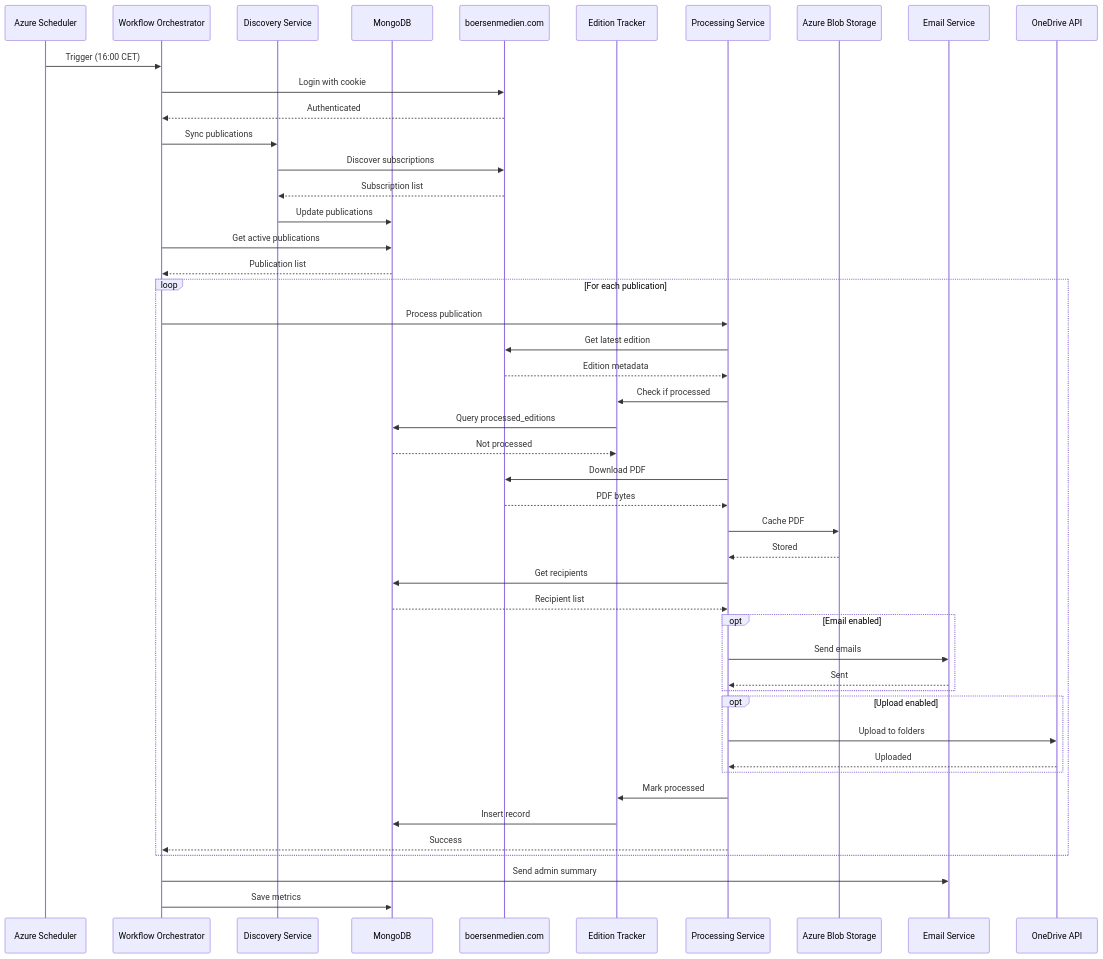
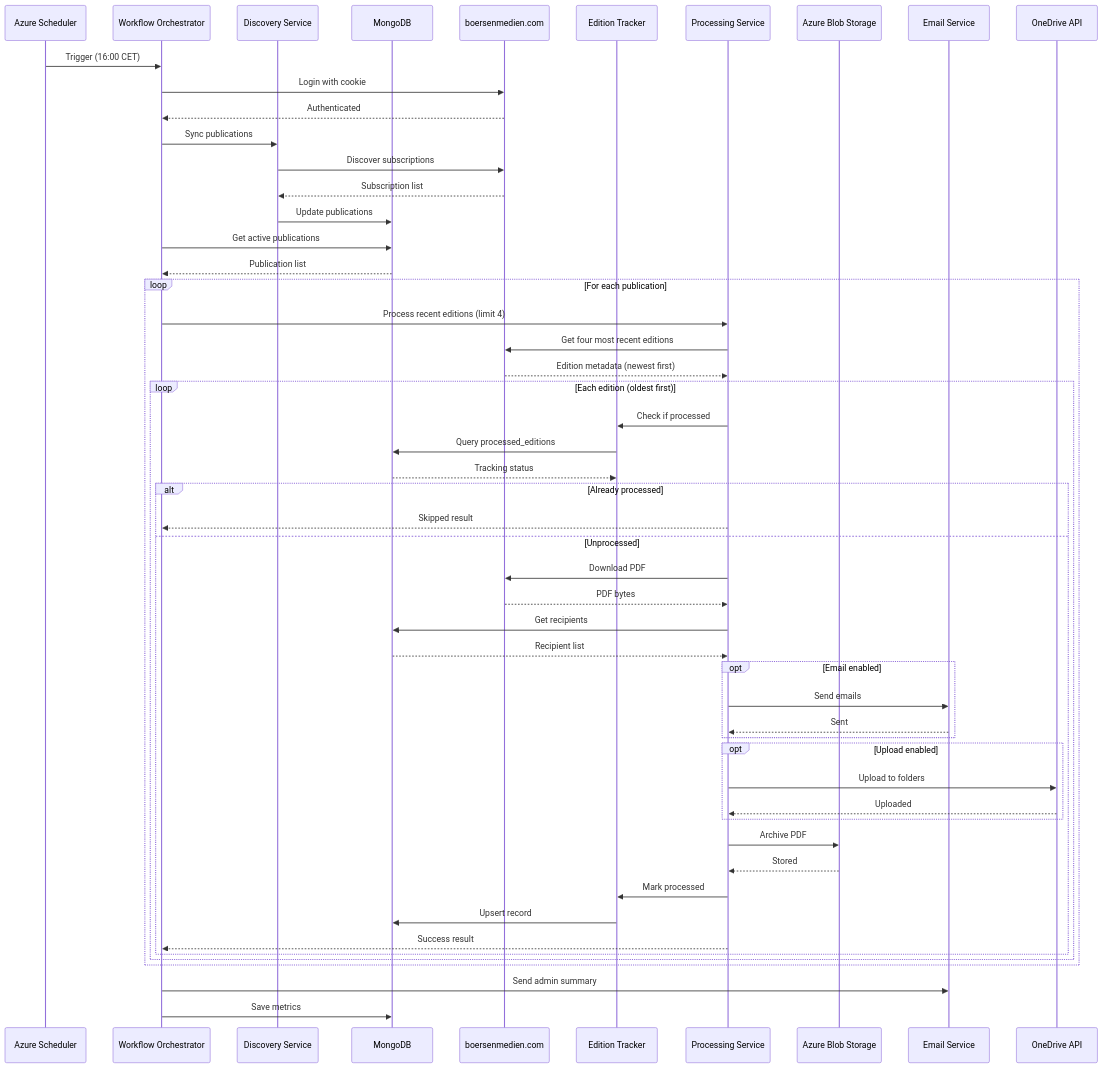
The third of 10 diagrams in docs/ARCHITECTURE_DIAGRAMS.md (stefanfries/depot-butler), drawn with Mermaid before and after one commit. The commit also changed 13 other files, not shown here.

First line of the commit message:
Add recent edition catch-up processing

````diff
--- a/docs/ARCHITECTURE_DIAGRAMS.md
+++ b/docs/ARCHITECTURE_DIAGRAMS.md
@@ -86,63 +86,67 @@
 ```mermaid
 sequenceDiagram
     participant Scheduler as Azure Scheduler
     participant Workflow as Workflow Orchestrator
     participant Discovery as Discovery Service
     participant DB as MongoDB
     participant Web as boersenmedien.com
     participant Tracking as Edition Tracker
     participant Processing as Processing Service
     participant Blob as Azure Blob Storage
     participant Email as Email Service
     participant OneDrive as OneDrive API
 
     Scheduler->>Workflow: Trigger (16:00 CET)
 
     Workflow->>Web: Login with cookie
     Web-->>Workflow: Authenticated
 
     Workflow->>Discovery: Sync publications
     Discovery->>Web: Discover subscriptions
     Web-->>Discovery: Subscription list
     Discovery->>DB: Update publications
 
     Workflow->>DB: Get active publications
     DB-->>Workflow: Publication list
 
     loop For each publication
-        Workflow->>Processing: Process publication
-        Processing->>Web: Get latest edition
-        Web-->>Processing: Edition metadata
+        Workflow->>Processing: Process recent editions (limit 4)
+        Processing->>Web: Get four most recent editions
+        Web-->>Processing: Edition metadata (newest first)
 
-        Processing->>Tracking: Check if processed
-        Tracking->>DB: Query processed_editions
-        DB-->>Tracking: Not processed
+        loop Each edition (oldest first)
+            Processing->>Tracking: Check if processed
+            Tracking->>DB: Query processed_editions
+            DB-->>Tracking: Tracking status
 
-        Processing->>Web: Download PDF
-        Web-->>Processing: PDF bytes
+            alt Already processed
+                Processing-->>Workflow: Skipped result
+            else Unprocessed
+                Processing->>Web: Download PDF
+                Web-->>Processing: PDF bytes
 
-        Processing->>Blob: Cache PDF
-        Blob-->>Processing: Stored
+                Processing->>DB: Get recipients
+                DB-->>Processing: Recipient list
 
-        Processing->>DB: Get recipients
-        DB-->>Processing: Recipient list
+                opt Email enabled
+                    Processing->>Email: Send emails
+                    Email-->>Processing: Sent
+                end
 
-        opt Email enabled
-            Processing->>Email: Send emails
-            Email-->>Processing: Sent
+                opt Upload enabled
+                    Processing->>OneDrive: Upload to folders
+                    OneDrive-->>Processing: Uploaded
+                end
+
+                Processing->>Blob: Archive PDF
+                Blob-->>Processing: Stored
+                Processing->>Tracking: Mark processed
+                Tracking->>DB: Upsert record
+                Processing-->>Workflow: Success result
+            end
         end
-
-        opt Upload enabled
-            Processing->>OneDrive: Upload to folders
-            OneDrive-->>Processing: Uploaded
-        end
-
-        Processing->>Tracking: Mark processed
-        Tracking->>DB: Insert record
-
-        Processing-->>Workflow: Success
     end
 
     Workflow->>Email: Send admin summary
     Workflow->>DB: Save metrics
 ```
````
